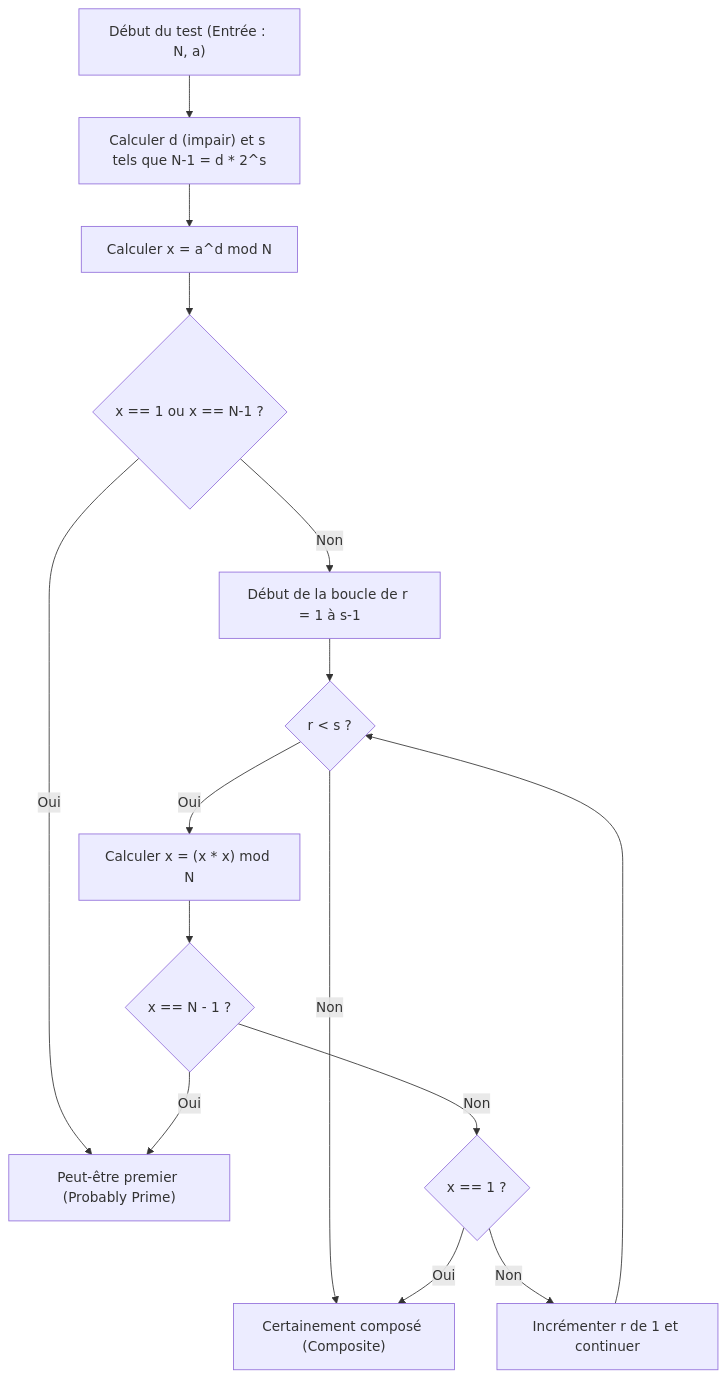
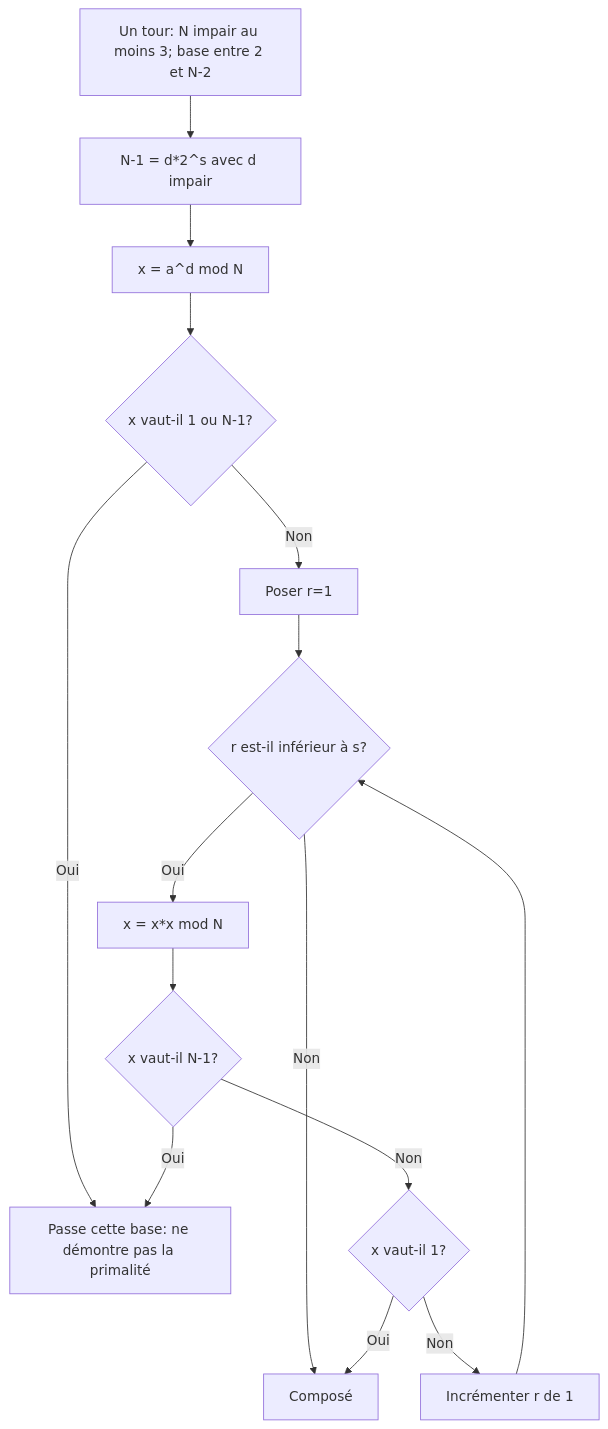
One commit to kenjinote/blog changed the first of 2 diagrams in content/post/cppで実装する高速な素数判定アルゴリズム/index.fr.md. Above: the diagram before and after it, drawn with Mermaid. The commit also changed other lines of this file and 4 other files, not shown here.

````diff
--- a/content/post/cppで実装する高速な素数判定アルゴリズム/index.fr.md
+++ b/content/post/cppで実装する高速な素数判定アルゴリズム/index.fr.md
@@ -123,20 +116,17 @@
 ```mermaid
 graph TD
-    Start["Début du test (Entrée : N, a)"] --> CalcDS["Calculer d (impair) et s tels que N-1 = d * 2^s"]
-    CalcDS --> CalcX["Calculer x = a^d mod N"]
-    CalcX --> CheckX1{"x == 1 ou x == N-1 ?"}
-    CheckX1 -- Oui --> ReturnTrue["Peut-être premier (Probably Prime)"]
-    CheckX1 -- Non --> LoopStart["Début de la boucle de r = 1 à s-1"]
-    
-    LoopStart --> LoopCondition{"r < s ?"}
-    LoopCondition -- Non --> ReturnFalse["Certainement composé (Composite)"]
-    LoopCondition -- Oui --> SquareX["Calculer x = (x * x) mod N"]
-    
-    SquareX --> CheckXMinus1{"x == N - 1 ?"}
-    CheckXMinus1 -- Oui --> ReturnTrue
-    CheckXMinus1 -- Non --> CheckXOne{"x == 1 ?"}
-    
-    CheckXOne -- Oui --> ReturnFalse
-    CheckXOne -- Non --> LoopNext["Incrémenter r de 1 et continuer"]
-    LoopNext --> LoopCondition
+    Start["Un tour: N impair au moins 3; base entre 2 et N-2"] --> DS["N-1 = d*2^s avec d impair"]
+    DS --> Power["x = a^d mod N"]
+    Power --> First{"x vaut-il 1 ou N-1?"}
+    First -- Oui --> Pass["Passe cette base: ne démontre pas la primalité"]
+    First -- Non --> Init["Poser r=1"]
+    Init --> More{"r est-il inférieur à s?"}
+    More -- Non --> Fail["Composé"]
+    More -- Oui --> Square["x = x*x mod N"]
+    Square --> Minus{"x vaut-il N-1?"}
+    Minus -- Oui --> Pass
+    Minus -- Non --> One{"x vaut-il 1?"}
+    One -- Oui --> Fail
+    One -- Non --> Next["Incrémenter r de 1"]
+    Next --> More
 ```
````
